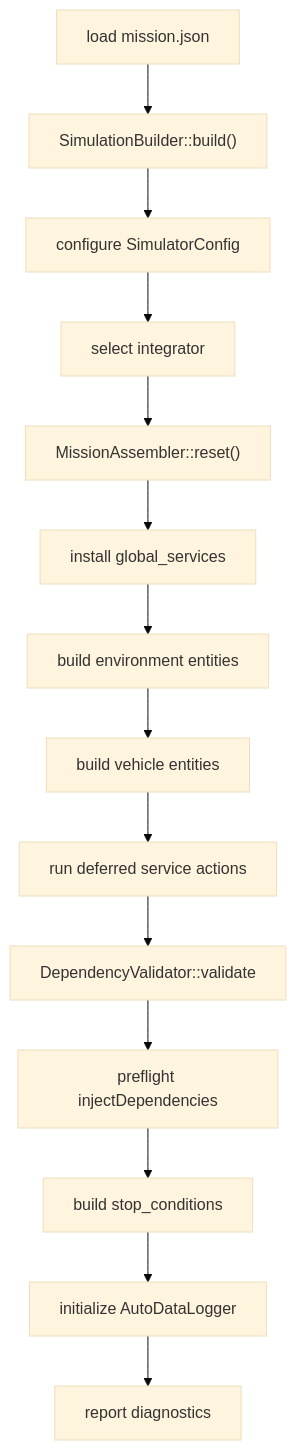
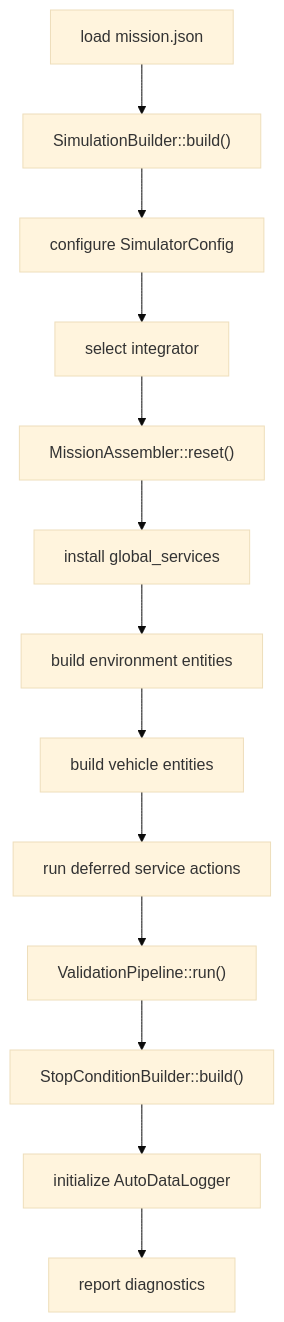
One commit to aofenghanyue/GNCZMKN changed the third of 4 diagrams in doc/05-architecture.md. Above: the diagram before and after it, drawn with Mermaid (base theme). The commit also changed other lines of this file and 18 other files, not shown here.

Commit message:
Refactor reporting flow and update related UI

````diff
--- a/doc/05-architecture.md
+++ b/doc/05-architecture.md
@@ -53,16 +64,15 @@
 ```mermaid
 flowchart TD
     A["load mission.json"] --> B["SimulationBuilder::build()"]
     B --> C["configure SimulatorConfig"]
     C --> D["select integrator"]
     D --> E["MissionAssembler::reset()"]
     E --> F["install global_services"]
     F --> G["build environment entities"]
     G --> H["build vehicle entities"]
     H --> I["run deferred service actions"]
-    I --> J["DependencyValidator::validate"]
-    J --> K["preflight injectDependencies"]
-    K --> L["build stop_conditions"]
-    L --> M["initialize AutoDataLogger"]
-    M --> N["report diagnostics"]
+    I --> J["ValidationPipeline::run()"]
+    J --> K["StopConditionBuilder::build()"]
+    K --> L["initialize AutoDataLogger"]
+    L --> M["report diagnostics"]
 ```
````
